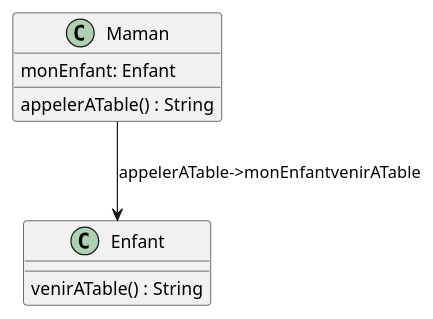
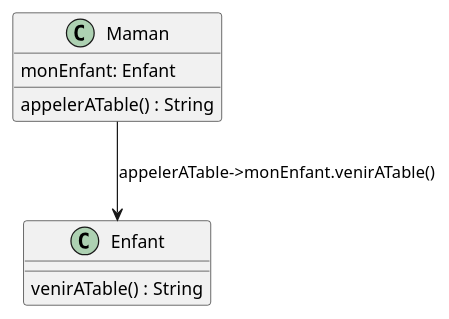
Before and after one commit to jandry/design-pattern: the diagram in src/uml/command.puml, drawn with PlantUML.

```diff
--- a/src/uml/command.puml
+++ b/src/uml/command.puml
@@ -1,14 +1,14 @@
 @startuml Command
 
 class Maman {
     monEnfant: Enfant
     appelerATable() : String
 }
 
 class Enfant {
     venirATable() : String
 }
 
-Maman --> Enfant: appelerATable->monEnfantvenirATable
+Maman --> Enfant: appelerATable->monEnfant.venirATable()
 
 @enduml
```
